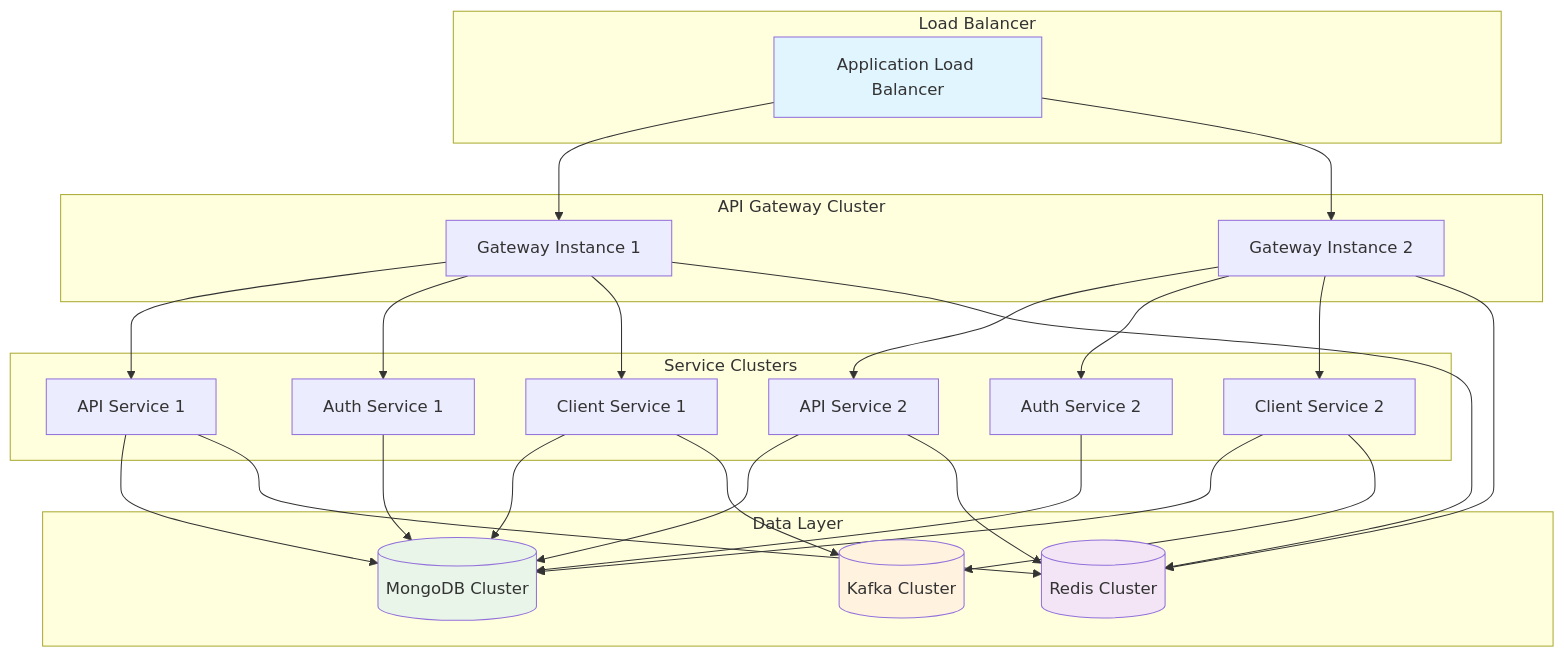
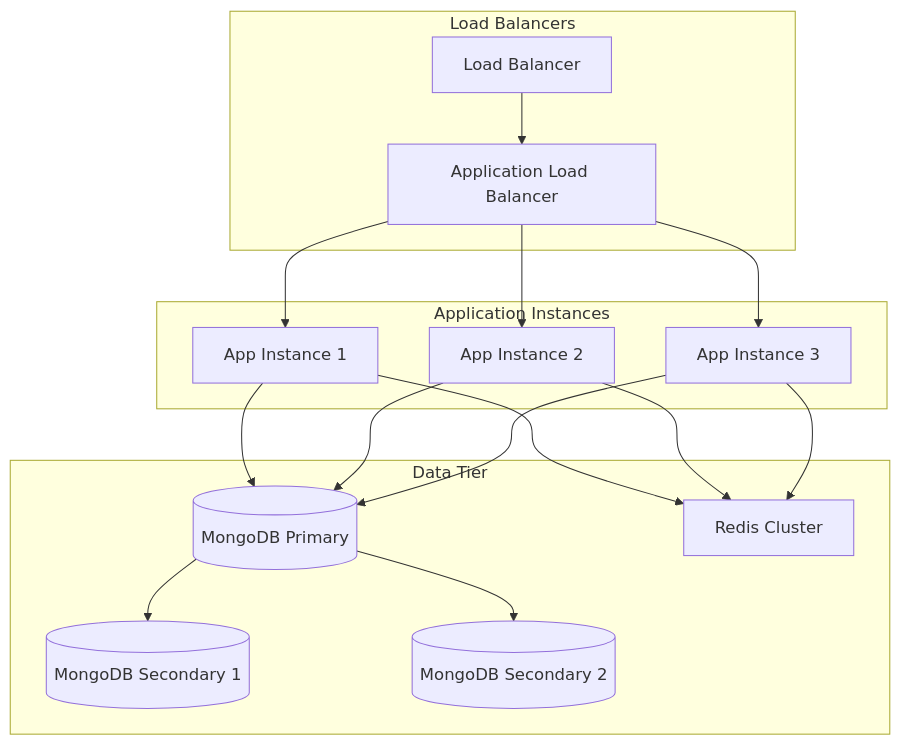
Diagram 12 of 13 in docs/development/architecture/overview.md (flamingo-stack/openframe-oss-lib), drawn with Mermaid before and after one commit. The commit also changed other lines of this file and 130 other files, not shown here.

````diff
--- a/docs/development/architecture/overview.md
+++ b/docs/development/architecture/overview.md
@@ -697,56 +645,35 @@
 ```mermaid
 graph TB
-    subgraph "Load Balancer"
-        LB[Application Load Balancer]
+    subgraph "Load Balancers"
+        LB[Load Balancer]
+        ALB[Application Load Balancer]
     end
     
-    subgraph "API Gateway Cluster"
-        GW1[Gateway Instance 1]
-        GW2[Gateway Instance 2]
+    subgraph "Application Instances"
+        APP1[App Instance 1]
+        APP2[App Instance 2]
+        APP3[App Instance 3]
     end
     
-    subgraph "Service Clusters"
-        API1[API Service 1]
-        API2[API Service 2]
-        AUTH1[Auth Service 1]
-        AUTH2[Auth Service 2]
-        CLIENT1[Client Service 1]
-        CLIENT2[Client Service 2]
+    subgraph "Data Tier"
+        MONGO_PRIMARY[(MongoDB Primary)]
+        MONGO_SECONDARY1[(MongoDB Secondary 1)]
+        MONGO_SECONDARY2[(MongoDB Secondary 2)]
+        REDIS_CLUSTER[Redis Cluster]
     end
     
-    subgraph "Data Layer"
-        MongoDB[(MongoDB Cluster)]
-        Redis[(Redis Cluster)]
-        Kafka[(Kafka Cluster)]
-    end
+    LB --> ALB
+    ALB --> APP1
+    ALB --> APP2
+    ALB --> APP3
     
-    LB --> GW1
-    LB --> GW2
+    APP1 --> MONGO_PRIMARY
+    APP1 --> REDIS_CLUSTER
+    APP2 --> MONGO_PRIMARY
+    APP2 --> REDIS_CLUSTER
+    APP3 --> MONGO_PRIMARY
+    APP3 --> REDIS_CLUSTER
     
-    GW1 --> API1
-    GW1 --> AUTH1
-    GW1 --> CLIENT1
-    GW2 --> API2
-    GW2 --> AUTH2
-    GW2 --> CLIENT2
-    
-    API1 --> MongoDB
-    API2 --> MongoDB
-    AUTH1 --> MongoDB
-    AUTH2 --> MongoDB
-    CLIENT1 --> MongoDB
-    CLIENT2 --> MongoDB
-    
-    API1 --> Redis
-    API2 --> Redis
-    GW1 --> Redis
-    GW2 --> Redis
-    
-    CLIENT1 --> Kafka
-    CLIENT2 --> Kafka
-    
-    style LB fill:#e1f5fe
-    style MongoDB fill:#e8f5e8
-    style Redis fill:#f3e5f5
-    style Kafka fill:#fff3e0
+    MONGO_PRIMARY --> MONGO_SECONDARY1
+    MONGO_PRIMARY --> MONGO_SECONDARY2
 ```
````
